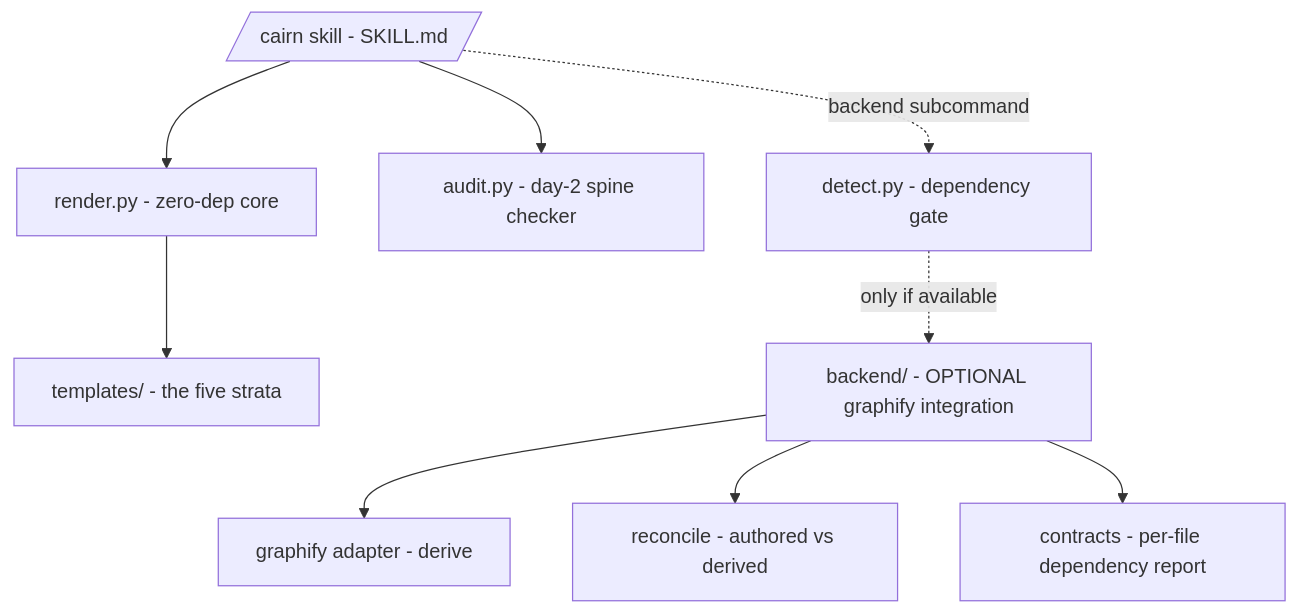
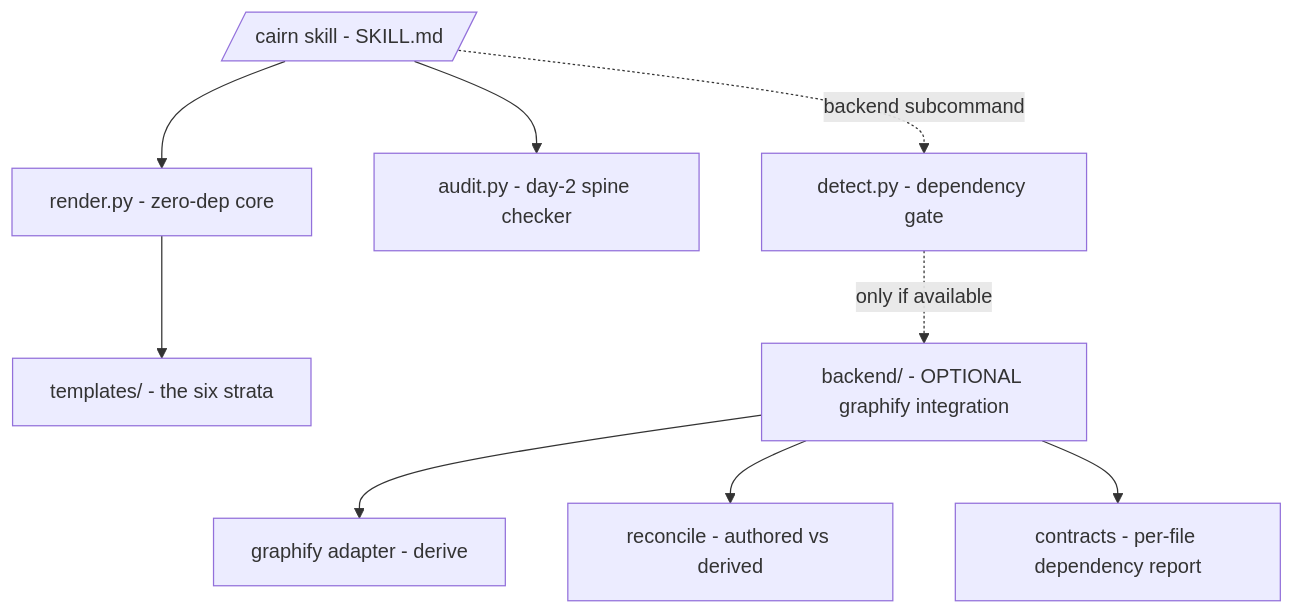
Before and after one commit to JJandDjango/cairn: the diagram in MAP.md, drawn with Mermaid. The commit also changed other lines of this file and 6 other files, not shown here.

First line of the commit message:
Sweep the docs to six strata (1.2 gate 5)

````diff
--- a/MAP.md
+++ b/MAP.md
@@ -7,11 +7,11 @@
 ```mermaid
 flowchart TD
     U[/cairn skill - SKILL.md/] --> R[render.py - zero-dep core]
-    R --> T[templates/ - the five strata]
+    R --> T[templates/ - the six strata]
     U --> A[audit.py - day-2 spine checker]
     U -. backend subcommand .-> D[detect.py - dependency gate]
     D -. only if available .-> B[backend/ - OPTIONAL graphify integration]
     B --> G[graphify adapter - derive]
     B --> RC[reconcile - authored vs derived]
     B --> C[contracts - per-file dependency report]
 ```
````
